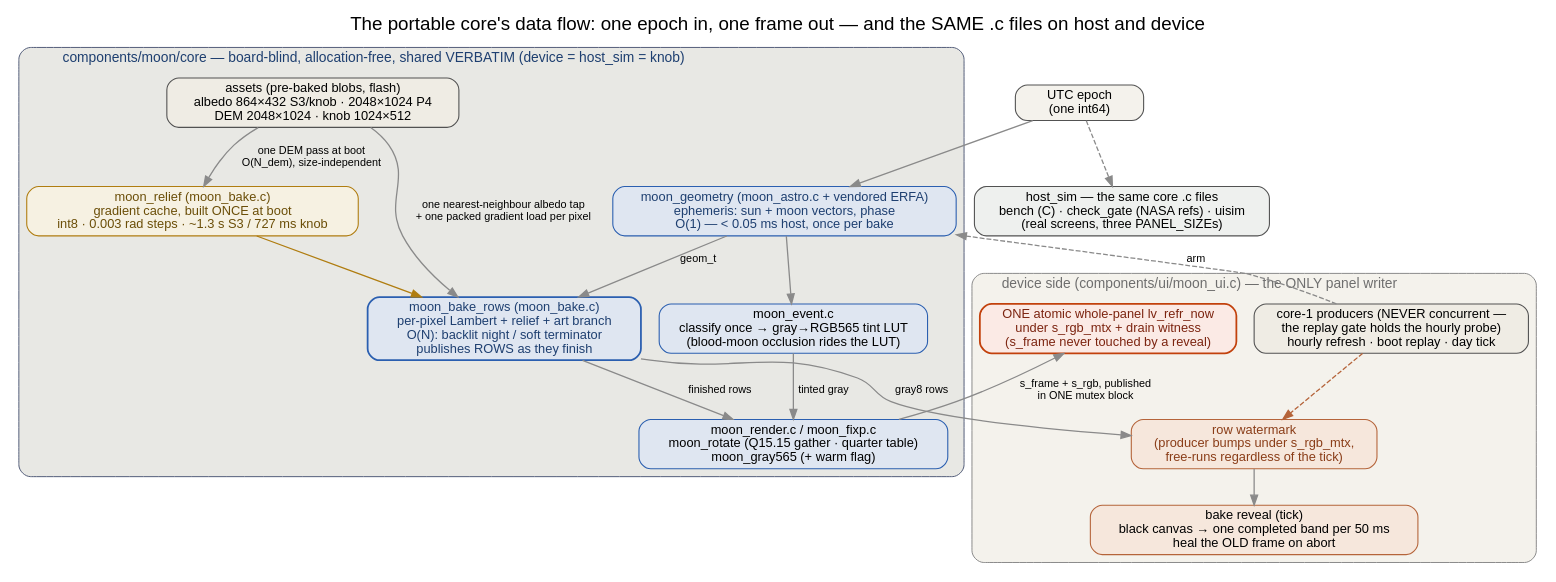
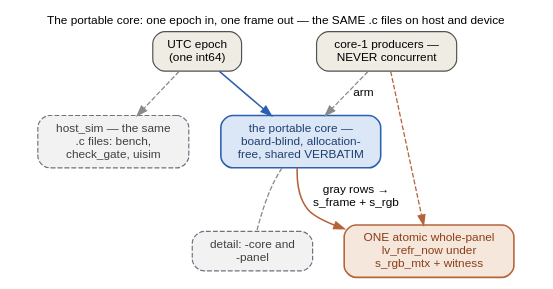
Before and after one commit to ukos-git/moon-clock-esp: the diagram in docs/_graphs/moon-core-flow.dot, drawn with Graphviz. The commit also changed 36 other files, not shown here.

First line of the commit message:
docs: sibling B13 completion snapshot — the packed small set rebuilt, closing the graph atlas

```diff
--- a/docs/_graphs/moon-core-flow.dot
+++ b/docs/_graphs/moon-core-flow.dot
@@ -1,69 +1,58 @@
-digraph mooncore {
-    label="The portable core's data flow: one epoch in, one frame out — and the SAME .c files on host and device";
-    labelloc="t";
-    fontname="Helvetica"; fontsize=19;
-    node [fontname="Helvetica", fontsize=13, style="rounded,filled",
-          shape=box, width=1.8, height=0.5,
-          fillcolor="#f2f2ef", color="#525252", penwidth=1.1];
-    edge [fontname="Helvetica", fontsize=11, color="#8a8a8a", penwidth=1.3];
+// The portable core's data flow — black-box view: one int64 UTC epoch
+// in, one whole-panel frame out. components/moon/core is board-blind,
+// allocation-free and shared VERBATIM (device = host_sim = knob): the
+// same .c files run in the bench (C), in check_gate (NASA refs) and in
+// uisim (real screens, three PANEL_SIZEs). Inside the core box:
+// moon_geometry (moon_astro.c + vendored ERFA, O(1), < 0.05 ms host,
+// once per bake) -> moon_bake_rows (per-pixel Lambert + relief + art,
+// publishes ROWS as they finish) -> moon_render/moon_fixp (moon_rotate
+// Q15.15 gather + quarter table, moon_gray565 + warm flag), fed by the
+// pre-baked assets (albedo 864x432 S3/knob, 2048x1024 P4; DEM
+// 2048x1024, knob 1024x512), the boot-built relief gradient cache
+// (int8, 0.003 rad steps, ~1.3 s S3 / 727 ms knob) and moon_event
+// (classify once -> gray->RGB565 tint LUT — blood-moon occlusion rides
+// the LUT). Device side (components/ui/moon_ui.c), the ONLY panel
+// writer: core-1 producers (NEVER concurrent — the replay gate holds
+// the hourly probe; hourly refresh, boot replay, day tick) bump a row
+// watermark under s_rgb_mtx that free-runs regardless of the tick; the
+// tick's bake reveal walks black canvas -> one completed band per 50 ms
+// -> heal the OLD frame on abort; publication is ONE atomic whole-panel
+// lv_refr_now under s_rgb_mtx + drain witness, s_frame never touched by
+// a reveal. Details: moon-core-flow-core.dot and
+// moon-core-flow-panel.dot.
+// FONTS: 12 pt = the page's 16 px body text at 1:1 — kept inside the
+// content column.
+// Rendered inline as SVG by sphinx.ext.graphviz (dot on PATH).
+digraph moon_core_flow {
+    rankdir=TB;
+    label="The portable core: one epoch in, one frame out — the SAME .c files on host and device";
+    labelloc="t"; labeljust="c";
+    fontname="Helvetica"; fontsize=12;
+    graph [nodesep=0.45, ranksep=0.45];
+    node [fontname="Helvetica", fontsize=12, shape=box, style="rounded,filled",
+          width=0, height=0, margin="0.16,0.10", fillcolor="#f2f2ef",
+          color="#525252", penwidth=1.2];
+    edge [fontname="Helvetica", fontsize=12, color="#8a8a8a", penwidth=1.3];
 
-    epoch [label="UTC epoch\n(one int64)", fillcolor="#f4f2ec"];
+    epoch [label="UTC epoch\n(one int64)",
+           fillcolor="#efece4"];
+    core  [label="the portable core —\nboard-blind, allocation-\nfree, shared VERBATIM",
+           fillcolor="#dbe7f6", color="#2b5fb0", fontcolor="#1e3f70", penwidth=1.6];
+    show  [label="ONE atomic whole-panel\nlv_refr_now under\ns_rgb_mtx + witness",
+           fillcolor="#f6e7dc", color="#b5643a", fontcolor="#8a3d18", penwidth=1.6];
+    producers [label="core-1 producers —\nNEVER concurrent",
+               fillcolor="#efece4"];
+    host [label="host_sim — the same\n.c files: bench,\ncheck_gate, uisim",
+          style="rounded,filled,dashed", fillcolor="#f2f2f2", color="#6b7280",
+          fontcolor="#3f3f3f"];
+    detail [label="detail: -core and\n-panel",
+            style="rounded,filled,dashed", fillcolor="#f2f2f2", color="#6b7280",
+            fontcolor="#3f3f3f"];
 
-    subgraph cluster_core {
-        label="components/moon/core — board-blind, allocation-free, shared VERBATIM (device = host_sim = knob)";
-        labeljust="l";
-        style="rounded,filled";
-        fillcolor="#e8e8e4";
-        color="#525c78";
-        fontsize=14; fontcolor="#1e3f70";
-
-        geom [label="moon_geometry (moon_astro.c + vendored ERFA)\nephemeris: sun + moon vectors, phase\nO(1) — < 0.05 ms host, once per bake",
-              fillcolor="#dfe6f1", color="#2b5fb0", fontcolor="#1e3f70"];
-        asset [label="assets (pre-baked blobs, flash)\nalbedo 864×432 S3/knob · 2048×1024 P4\nDEM 2048×1024 · knob 1024×512",
-               fillcolor="#efece4"];
-        relief [label="moon_relief (moon_bake.c)\ngradient cache, built ONCE at boot\nint8 · 0.003 rad steps · ~1.3 s S3 / 727 ms knob",
-                fillcolor="#f6f1e2", color="#b07d10", fontcolor="#6b4e08"];
-        bake [label="moon_bake_rows (moon_bake.c)\nper-pixel Lambert + relief + art branch\nO(N): backlit night / soft terminator\npublishes ROWS as they finish",
-                fillcolor="#dfe6f1", color="#2b5fb0", fontcolor="#1e3f70", penwidth=1.8];
-        event [label="moon_event.c\nclassify once → gray→RGB565 tint LUT\n(blood-moon occlusion rides the LUT)",
-               fillcolor="#dfe6f1", color="#2b5fb0"];
-        render [label="moon_render.c / moon_fixp.c\nmoon_rotate (Q15.15 gather · quarter table)\nmoon_gray565 (+ warm flag)",
-                 fillcolor="#dfe6f1", color="#2b5fb0"];
-    }
-
-    subgraph cluster_device {
-        label="device side (components/ui/moon_ui.c) — the ONLY panel writer";
-        labeljust="l";
-        style="rounded,filled";
-        fillcolor="#f4f2ec";
-        color="#8a8a8a";
-        fontsize=14; fontcolor="#6e6e6e";
-
-        producers [label="core-1 producers (NEVER concurrent —\nthe replay gate holds the hourly probe)\nhourly refresh · boot replay · day tick",
-                   fillcolor="#efece4"];
-        wm [label="row watermark\n(producer bumps under s_rgb_mtx,\nfree-runs regardless of the tick)",
-            fillcolor="#f6e7dc", color="#b5643a", fontcolor="#8a3d18"];
-        reveal [label="bake reveal (tick)\nblack canvas → one completed band per 50 ms\nheal the OLD frame on abort",
-                fillcolor="#f6e7dc", color="#b5643a"];
-        show [label="ONE atomic whole-panel lv_refr_now\nunder s_rgb_mtx + drain witness\n(s_frame never touched by a reveal)",
-              fillcolor="#fbeae5", color="#c2410c", penwidth=1.8, fontcolor="#7c2410"];
-    }
-
-    host [label="host_sim — the same core .c files\nbench (C) · check_gate (NASA refs) · uisim\n(real screens, three PANEL_SIZEs)",
-          fillcolor="#eef0ee"];
-
-    epoch -> geom;
-    asset -> bake [label="one nearest-neighbour albedo tap\n+ one packed gradient load per pixel"];
-    asset -> relief [label="one DEM pass at boot\nO(N_dem), size-independent"];
-    relief -> bake [color="#b07d10"];
-    geom -> bake [label="geom_t"];
-    bake -> wm [label="gray8 rows"];
-    wm -> reveal;
-    bake -> render [label="finished rows"];
-    geom -> event;
-    event -> render [label="tinted gray"];
-    render -> show [label="s_frame + s_rgb, published\nin ONE mutex block"];
-    producers -> geom [style=dashed, label="arm"];
-    producers -> wm [style=dashed, color="#b5643a", fontcolor="#8a3d18"];
-    epoch -> host [style=dashed, color="#8a8a8a"];
+    epoch -> core [color="#2b5fb0", penwidth=1.6];
+    core -> show [color="#b5643a", penwidth=1.6, label="gray rows →\ns_frame + s_rgb"];
+    producers -> core [style=dashed, label="arm"];
+    producers -> show [style=dashed, color="#b5643a"];
+    epoch -> host [style=dashed];
+    core -> detail [style=dashed, arrowhead=none];
 }
```
